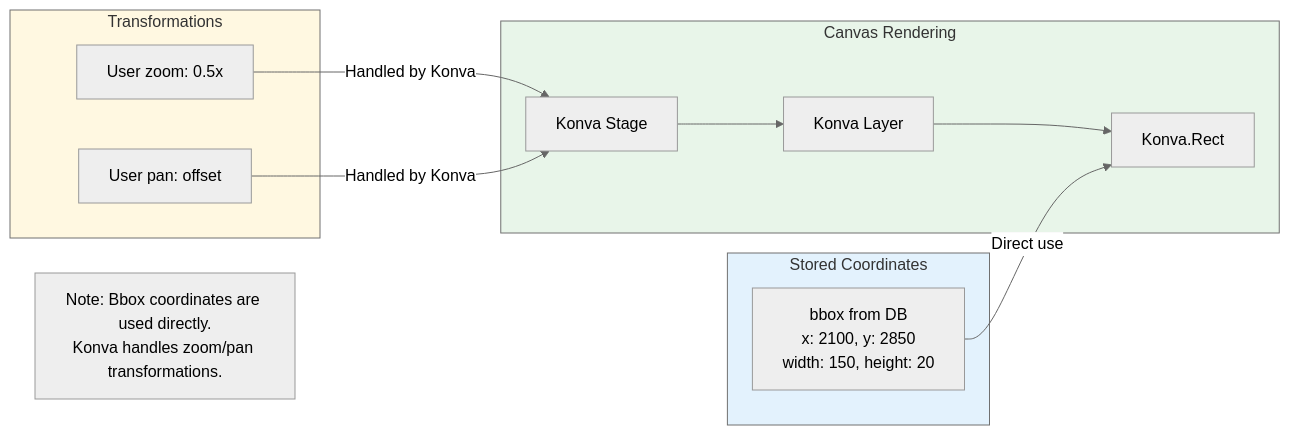
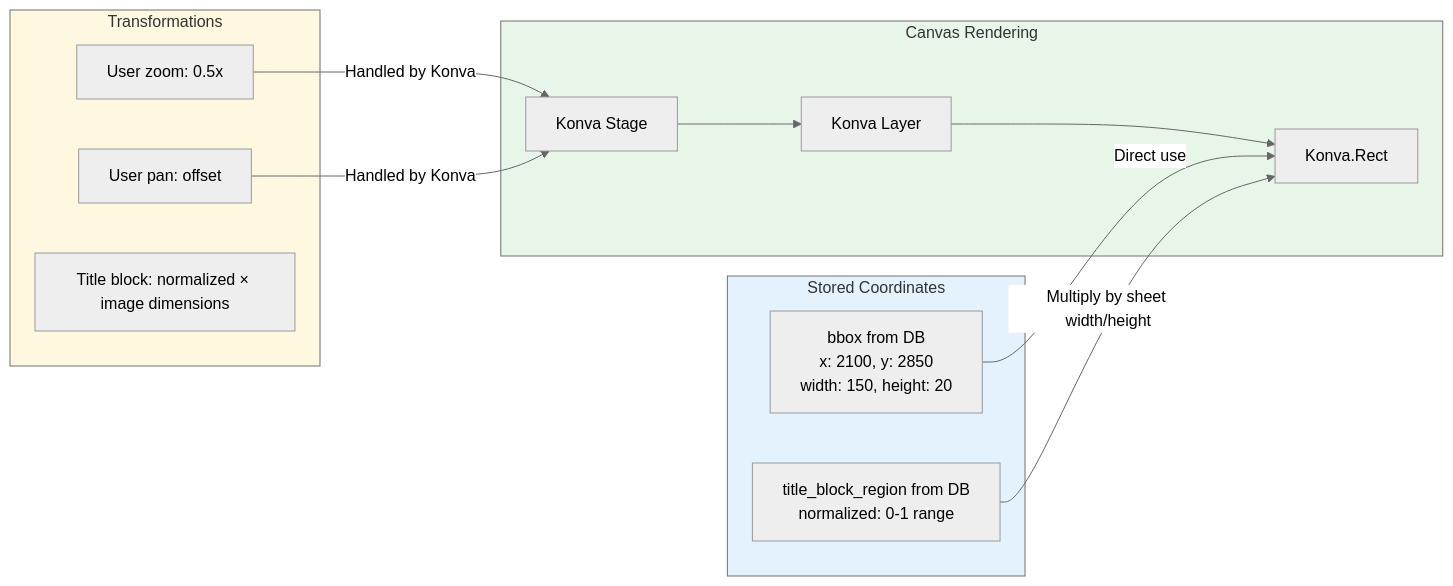
The sixth of 7 diagrams in docs/diagrams/frontend-viewer-rendering.md (jmac122/takeoff-automation), drawn with Mermaid (neutral theme) before and after one commit. The commit also changed other lines of this file and 143 other files, not shown here.

````diff
--- a/docs/diagrams/frontend-viewer-rendering.md
+++ b/docs/diagrams/frontend-viewer-rendering.md
@@ -93,29 +182,30 @@
 ```mermaid
 flowchart LR
     subgraph Storage["Stored Coordinates"]
         BBOX[bbox from DB<br/>x: 2100, y: 2850<br/>width: 150, height: 20]
+        TB[title_block_region from DB<br/>normalized: 0-1 range]
     end
 
     subgraph Canvas["Canvas Rendering"]
         STAGE[Konva Stage]
         LAYER[Konva Layer]
         RECT[Konva.Rect]
-        
+
         STAGE --> LAYER --> RECT
     end
 
     subgraph Transform["Transformations"]
         ZOOM[User zoom: 0.5x]
         PAN[User pan: offset]
+        TB_CONV[Title block: normalized × image dimensions]
     end
 
     BBOX --> |Direct use| RECT
+    TB --> |Multiply by sheet width/height| RECT
     ZOOM --> |Handled by Konva| STAGE
     PAN --> |Handled by Konva| STAGE
-
-    NOTE[Note: Bbox coordinates are used directly.<br/>Konva handles zoom/pan transformations.]
 
     style Storage fill:#e3f2fd
     style Canvas fill:#e8f5e9
     style Transform fill:#fff8e1
 ```
````
